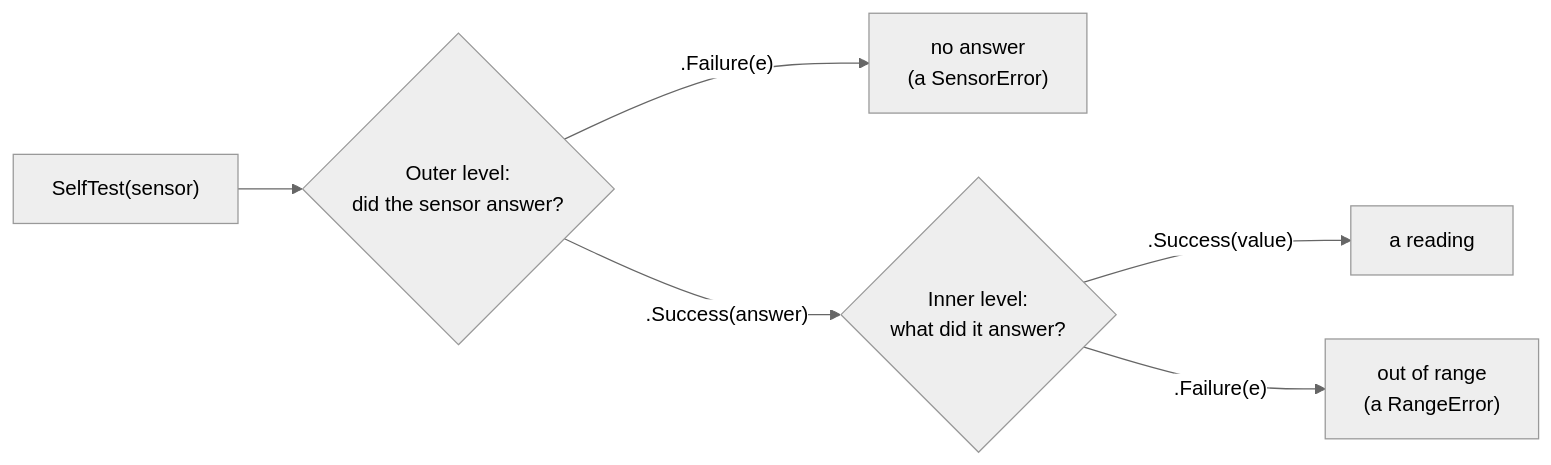
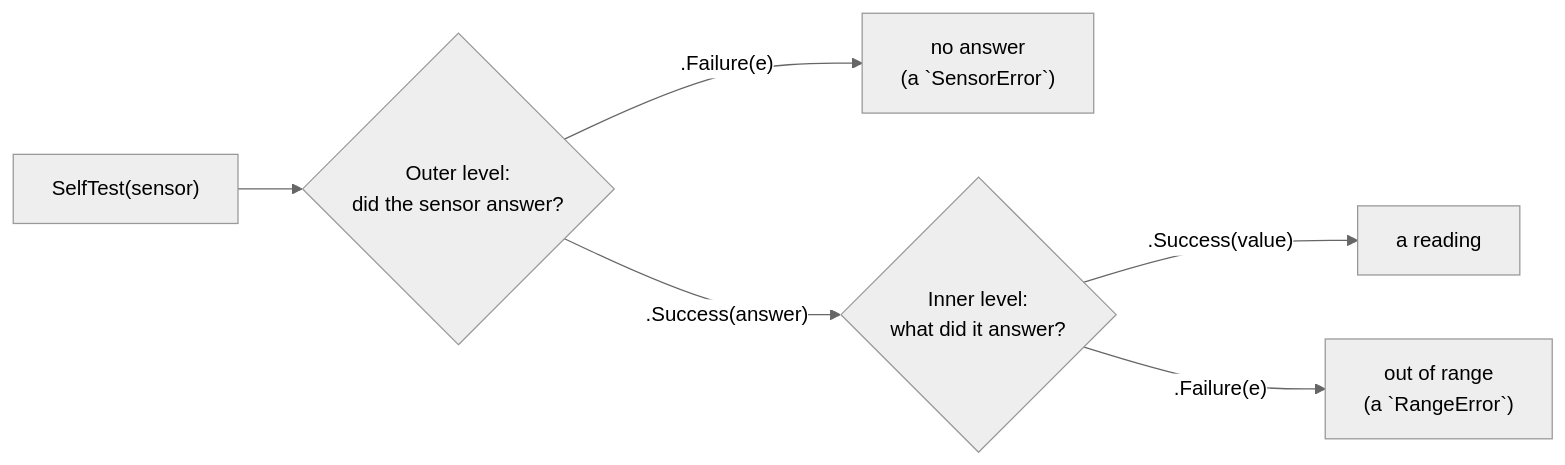
Before and after one commit to rux-lang/Web: the diagram in content/docs/1.learn/09.errors/14.nested-fallible.md, drawn with Mermaid (neutral theme). The commit also changed 187 other files, not shown here.

First line of the commit message:
Draw the Learn diagrams for phones, with code in the mono face

````diff
--- a/content/docs/1.learn/09.errors/14.nested-fallible.md
+++ b/content/docs/1.learn/09.errors/14.nested-fallible.md
@@ -70,8 +70,8 @@
 ```mermaid
 flowchart LR
-    test["SelfTest(sensor)"] --> outer{"Outer level:<br/>did the sensor answer?"}
-    outer -- ".Failure(e)" --> none["no answer<br/>(a SensorError)"]
-    outer -- ".Success(answer)" --> inner{"Inner level:<br/>what did it answer?"}
-    inner -- ".Success(value)" --> ok["a reading"]
-    inner -- ".Failure(e)" --> range["out of range<br/>(a RangeError)"]
+    test["`SelfTest(sensor)`"] --> outer{"Outer level:<br/>did the sensor answer?"}
+    outer -- "`.Failure(e)`" --> none["no answer<br/>(a `SensorError`)"]
+    outer -- "`.Success(answer)`" --> inner{"Inner level:<br/>what did it answer?"}
+    inner -- "`.Success(value)`" --> ok["a reading"]
+    inner -- "`.Failure(e)`" --> range["out of range<br/>(a `RangeError`)"]
 ```
````
